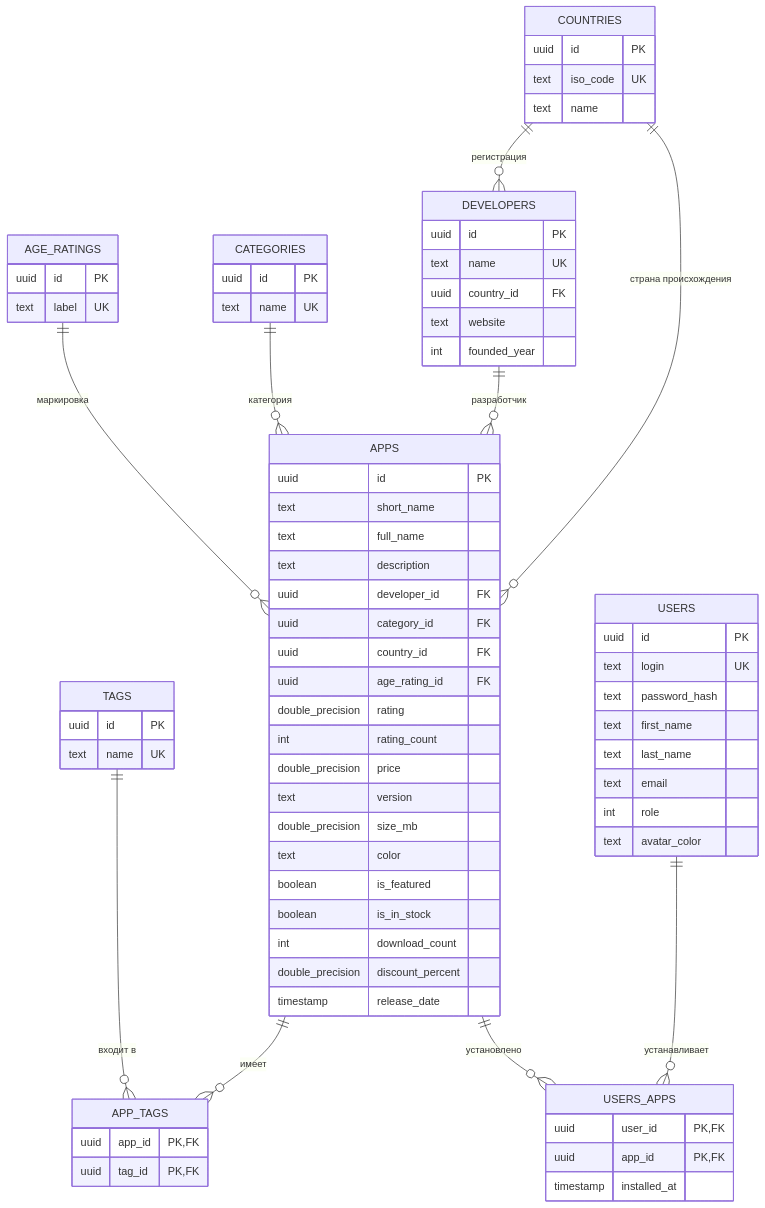
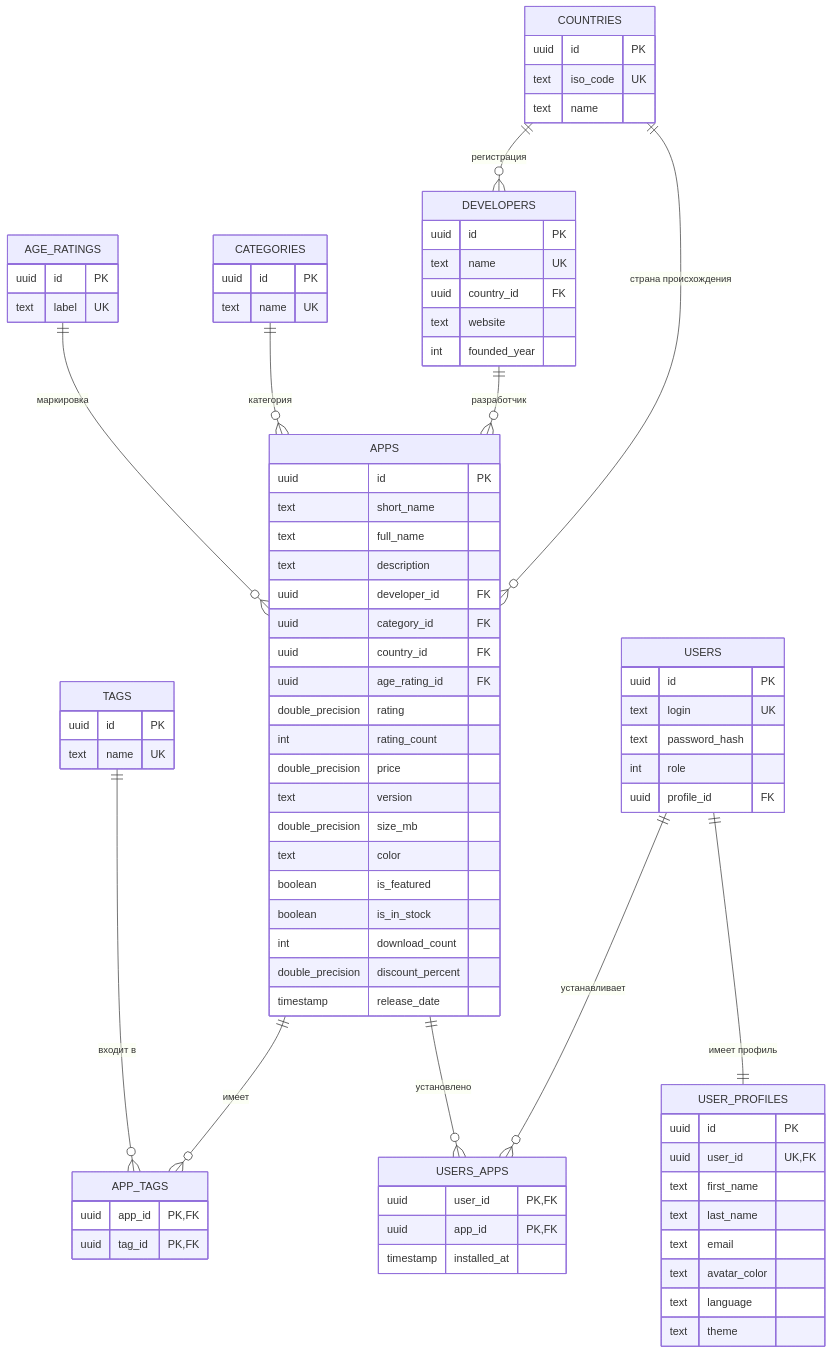
One commit to martim-x/AppStore changed the diagram in docs/DATABASE.md. Above: the diagram before and after it, drawn with Mermaid. The commit also changed other lines of this file and 11 other files, not shown here.

First line of the commit message:
feat(profile): настройки интерфейса и профиль в user_profiles

```diff
--- a/docs/DATABASE.md
+++ b/docs/DATABASE.md
@@ -16,6 +16,7 @@
     AGE_RATINGS    ||--o{ APPS       : "маркировка"
     APPS           ||--o{ APP_TAGS   : "имеет"
     TAGS           ||--o{ APP_TAGS   : "входит в"
+    USERS          ||--|| USER_PROFILES : "имеет профиль"
     USERS          ||--o{ USERS_APPS : "устанавливает"
     APPS           ||--o{ USERS_APPS : "установлено"
 
@@ -79,11 +80,19 @@
         uuid id PK
         text login UK
         text password_hash
+        int role
+        uuid profile_id FK
+    }
+
+    USER_PROFILES {
+        uuid id PK
+        uuid user_id UK,FK
         text first_name
         text last_name
         text email
-        int role
         text avatar_color
+        text language
+        text theme
     }
 
     USERS_APPS {
```
